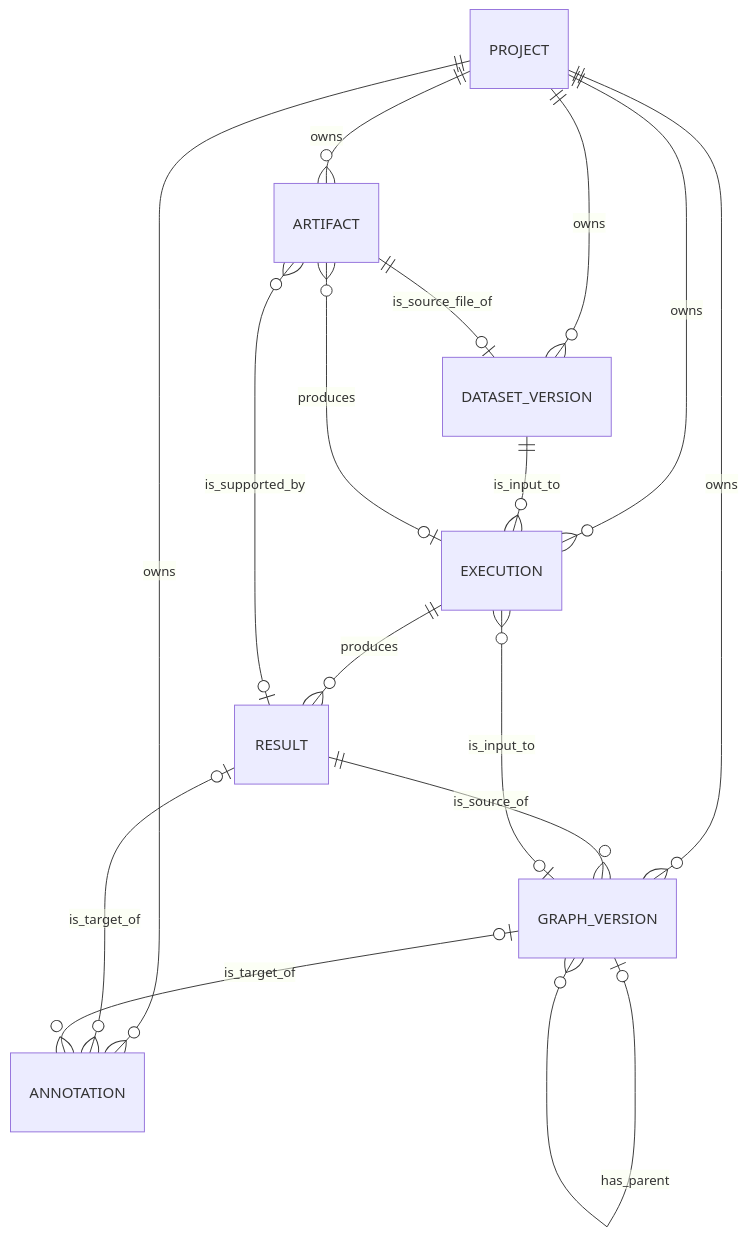
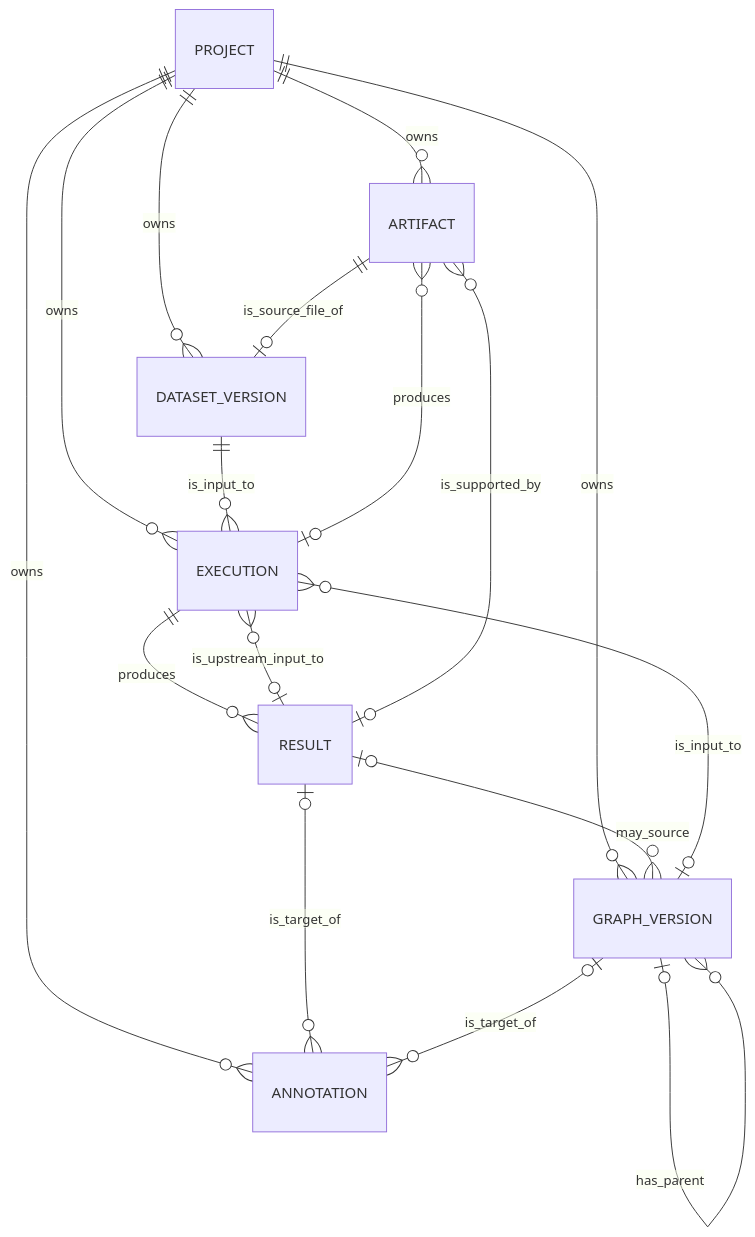
One commit to kousuke-ota-datascience/causal-atelier changed the diagram in docs/wiki/requirement_definition/21_論理データ設計.md. Above: the diagram before and after it, drawn with Mermaid. The commit also changed other lines of this file and 15 other files, not shown here.

````diff
--- a/docs/wiki/requirement_definition/21_論理データ設計.md
+++ b/docs/wiki/requirement_definition/21_論理データ設計.md
@@ -63,19 +66,20 @@
 ```mermaid
 erDiagram
     PROJECT ||--o{ ARTIFACT : owns
     PROJECT ||--o{ DATASET_VERSION : owns
     PROJECT ||--o{ EXECUTION : owns
     PROJECT ||--o{ GRAPH_VERSION : owns
     PROJECT ||--o{ ANNOTATION : owns
 
     ARTIFACT ||--o| DATASET_VERSION : is_source_file_of
     DATASET_VERSION ||--o{ EXECUTION : is_input_to
     GRAPH_VERSION o|--o{ EXECUTION : is_input_to
+    RESULT o|--o{ EXECUTION : is_upstream_input_to
     EXECUTION ||--o{ RESULT : produces
     EXECUTION o|--o{ ARTIFACT : produces
     RESULT o|--o{ ARTIFACT : is_supported_by
-    RESULT ||--o{ GRAPH_VERSION : is_source_of
+    RESULT o|--o{ GRAPH_VERSION : may_source
     GRAPH_VERSION o|--o{ GRAPH_VERSION : has_parent
     RESULT o|--o{ ANNOTATION : is_target_of
     GRAPH_VERSION o|--o{ ANNOTATION : is_target_of
 ```
````
